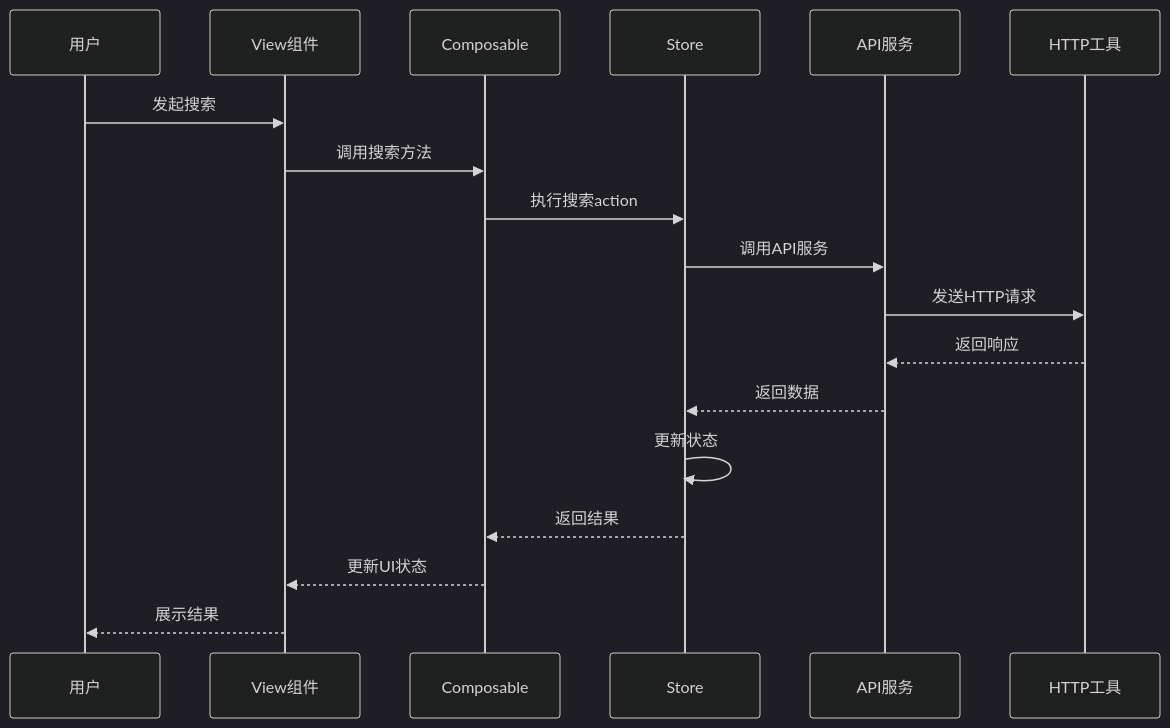
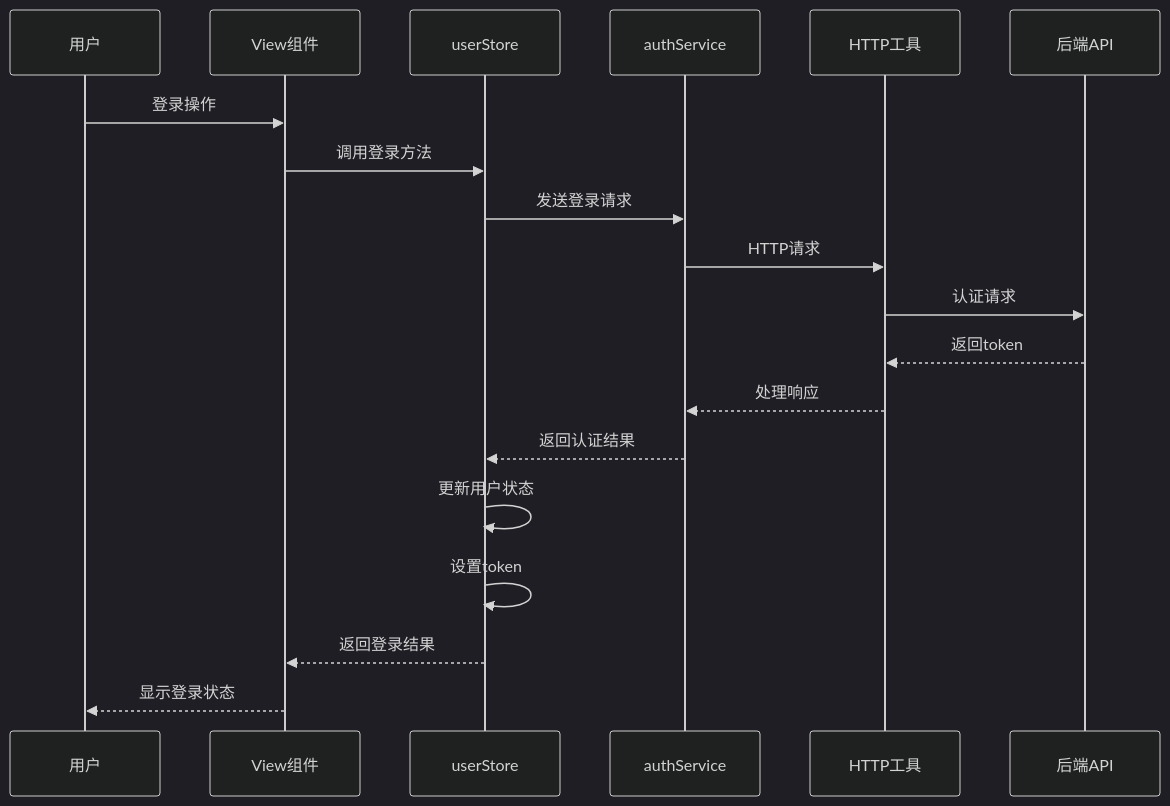
One commit to gastby-ghost/renews_frontend changed the fourth of 12 diagrams in 系统架构简化版.md. Above: the diagram before and after it, drawn with Mermaid (dark theme). The commit also changed other lines of this file and 1 other file, not shown here.

````diff
--- a/系统架构简化版.md
+++ b/系统架构简化版.md
@@ -127,21 +464,22 @@
 ```mermaid
 sequenceDiagram
     participant U as 用户
     participant V as View组件
-    participant C as Composable
-    participant S as Store
-    participant A as API服务
+    participant S as userStore
+    participant A as authService
     participant H as HTTP工具
+    participant API as 后端API
 
-    U->>V: 发起搜索
-    V->>C: 调用搜索方法
-    C->>S: 执行搜索action
-    S->>A: 调用API服务
-    A->>H: 发送HTTP请求
-    H-->>A: 返回响应
-    A-->>S: 返回数据
-    S->>S: 更新状态
-    S-->>C: 返回结果
-    C-->>V: 更新UI状态
-    V-->>U: 展示结果
+    U->>V: 登录操作
+    V->>S: 调用登录方法
+    S->>A: 发送登录请求
+    A->>H: HTTP请求
+    H->>API: 认证请求
+    API-->>H: 返回token
+    H-->>A: 处理响应
+    A-->>S: 返回认证结果
+    S->>S: 更新用户状态
+    S->>S: 设置token
+    S-->>V: 返回登录结果
+    V-->>U: 显示登录状态
 ```
````
